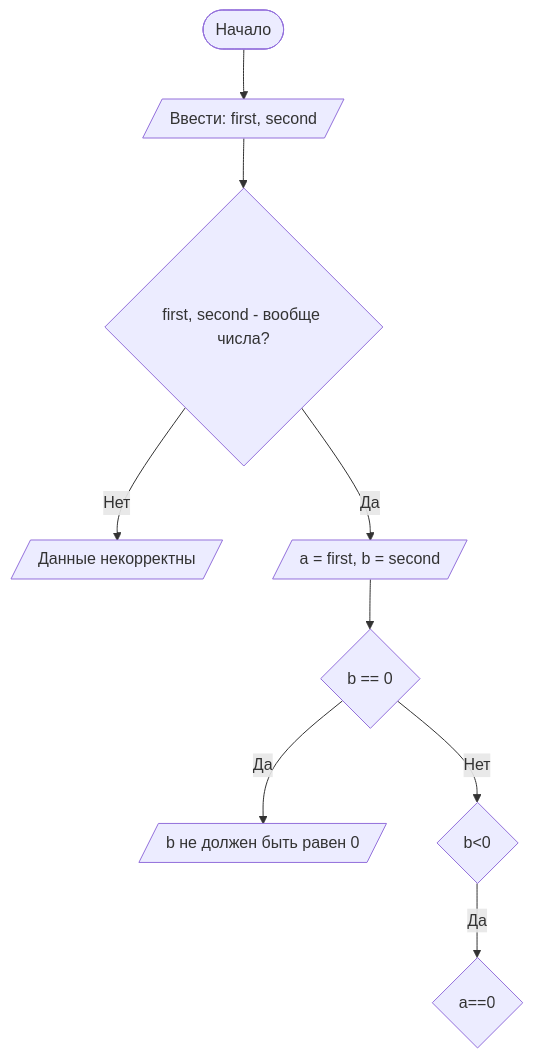
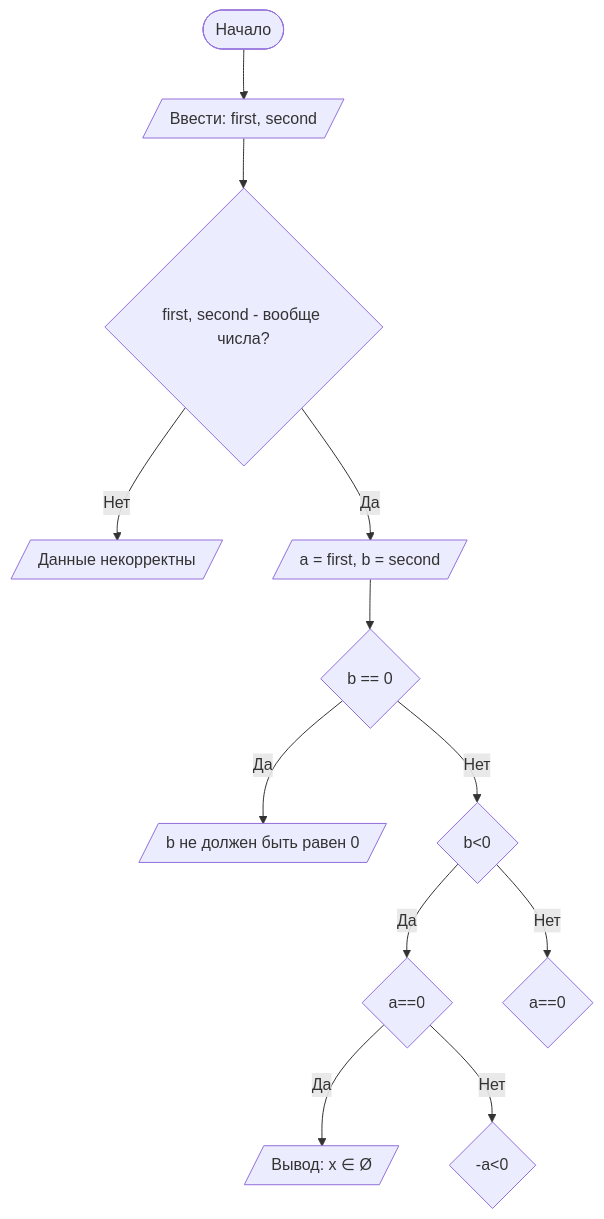
The diagram in README.md (EDINDANDIL/Lab1), drawn with Mermaid before and after one commit. The commit also changed other lines of this file, not shown here.

````diff
--- a/README.md
+++ b/README.md
@@ -112,18 +112,21 @@
 ```mermaid
 graph TD
     A([Начало]) --> B[/Ввести: first, second/]
     B --> C{first, second - вообще числа?}
     C -- Нет --> P[/Данные некорректны/]
     C -- Да --> D[/a = first, b = second/]
     D --> F{b == 0}
     F -- Да --> O[/b не должен быть равен 0/]
     F -- Нет --> M{b<0}
     M -- Да --> N{a==0}
+    M -- Нет --> L{a==0}
+    N -- Да --> R[/Вывод: x ∈ Ø /]
+    N -- Нет --> R1{-a<0}
     
 
     
 
   
    
 
 ```
````
